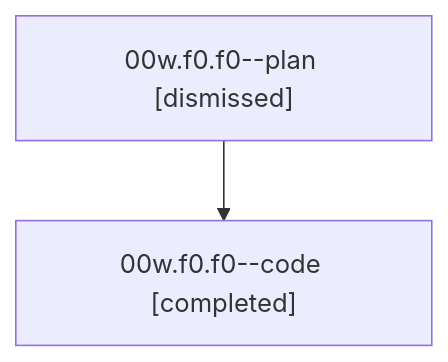
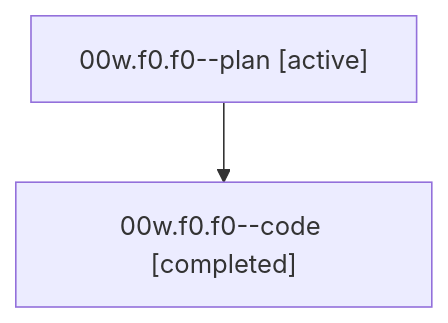
One commit to bobs-org/bob-cli--agents changed the diagram in families/bbugyi200.athena.00w.f0.f0.md. Above: the diagram before and after it, drawn with Mermaid. The commit also changed other lines of this file and 1279 other files, not shown here.

````diff
--- a/families/bbugyi200.athena.00w.f0.f0.md
+++ b/families/bbugyi200.athena.00w.f0.f0.md
@@ -9,6 +9,6 @@
 ```mermaid
 flowchart TD
-  n0["00w.f0.f0--plan [dismissed]"]
+  n0["00w.f0.f0--plan [active]"]
   n1["00w.f0.f0--code [completed]"]
   n0 --> n1
 ```
````
